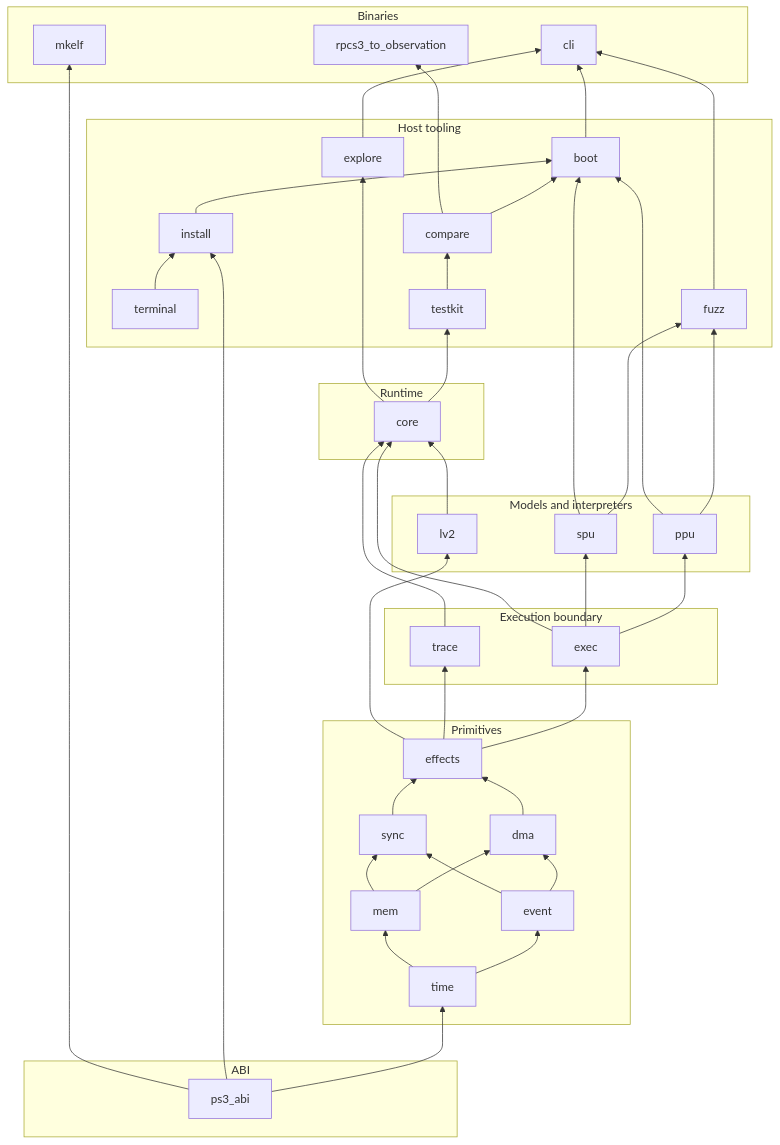
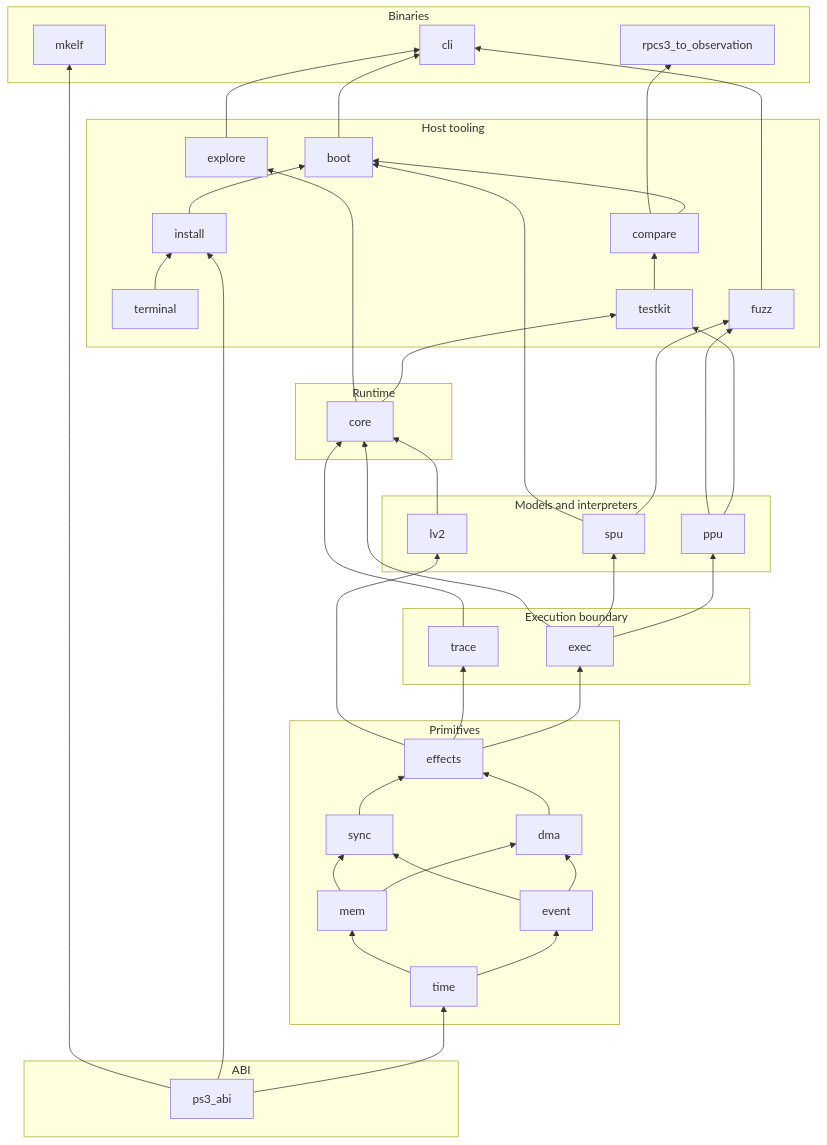
One commit to RoyalAce22/CellGov changed the diagram in docs/architecture/workspace.md. Above: the diagram before and after it, drawn with Mermaid. The commit also changed other lines of this file and 24 other files, not shown here.

````diff
--- a/docs/architecture/workspace.md
+++ b/docs/architecture/workspace.md
@@ -18,58 +18,58 @@
 ```mermaid
 graph BT
   subgraph ABI
     ps3_abi
   end
   subgraph Primitives
     time; event; mem; dma; sync; effects
   end
   subgraph Execution boundary
     exec; trace
   end
   subgraph Models and interpreters
     lv2; ppu; spu
   end
   subgraph Runtime
     core
   end
   subgraph Host tooling
     terminal; testkit; compare; explore; fuzz; install; boot
   end
   subgraph Binaries
     cli; mkelf; rpcs3_to_observation
   end
 
   ps3_abi --> time
   time --> event
   time --> mem
   event --> dma
   mem --> dma
   event --> sync
   mem --> sync
   dma --> effects
   sync --> effects
   effects --> exec
   effects --> trace
   effects --> lv2
   exec --> ppu
   exec --> spu
   exec --> core
   lv2 --> core
   trace --> core
   core --> testkit
+  ppu --> testkit
   testkit --> compare
   core --> explore
   ppu --> fuzz
   spu --> fuzz
   ps3_abi --> install
   terminal --> install
   compare --> boot
   install --> boot
-  ppu --> boot
   spu --> boot
   boot --> cli
   explore --> cli
   fuzz --> cli
   ps3_abi --> mkelf
   compare --> rpcs3_to_observation
 ```
````
